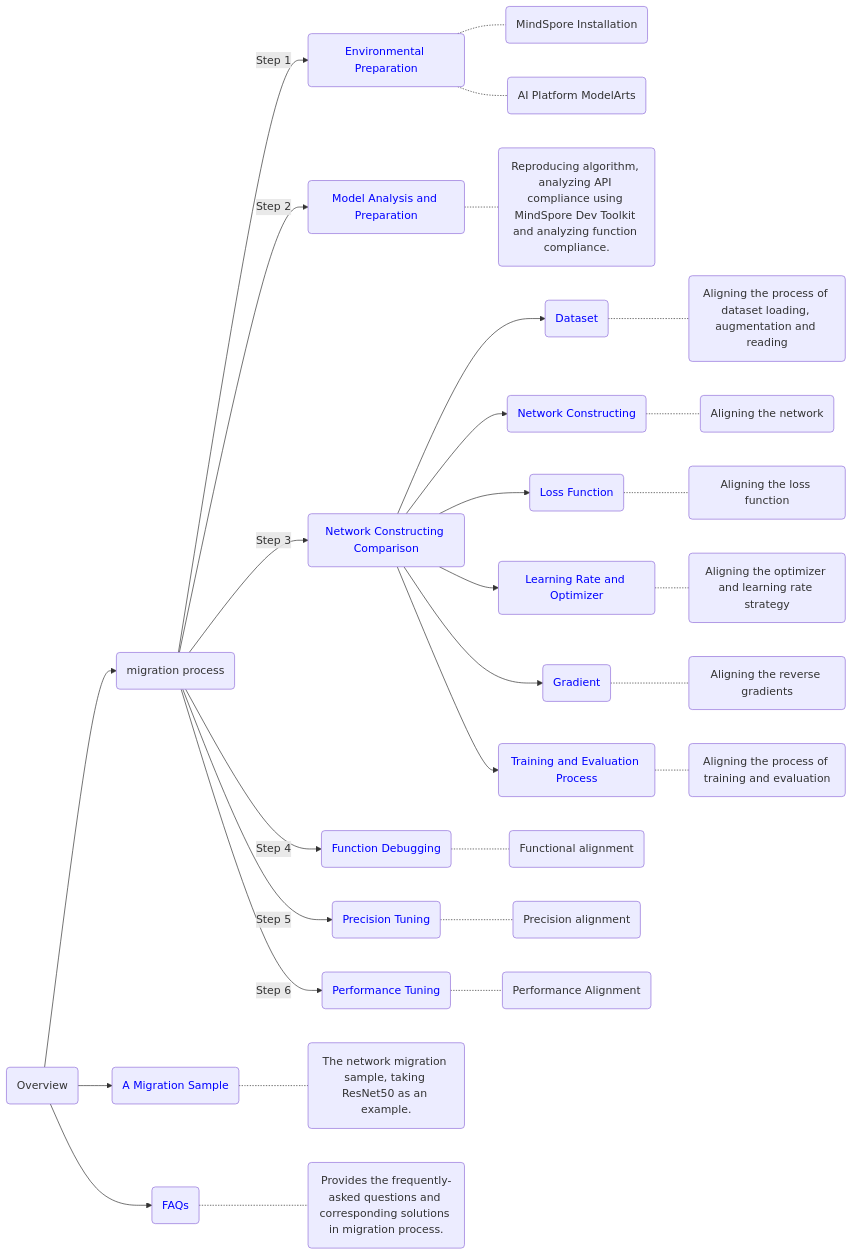
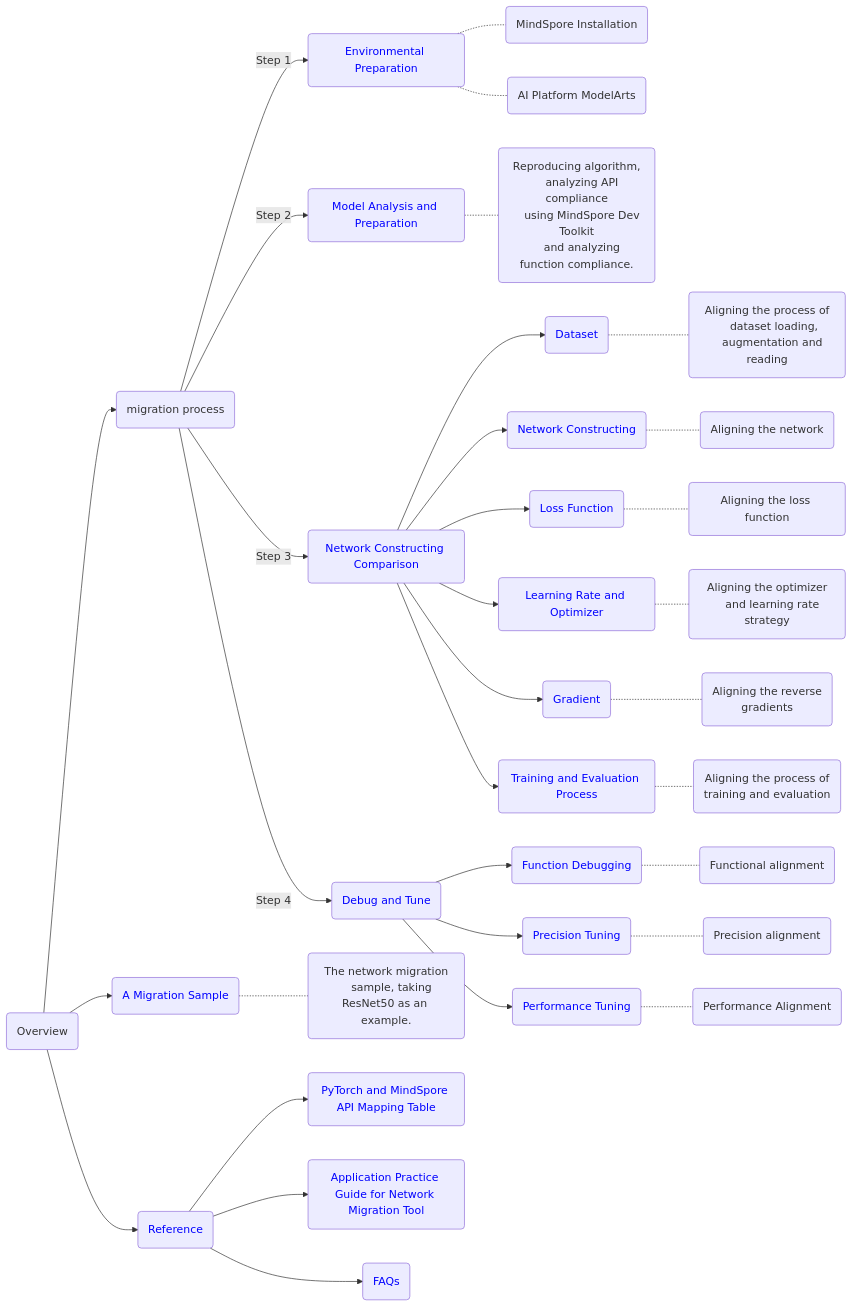
One commit to mindspore-ai/docs changed the diagram in docs/mindspore/source_en/migration_guide/overview.md. Above: the diagram before and after it, drawn with Mermaid. The commit also changed 27 other files, not shown here.

Commit message:
modify err format and mermaid

````diff
--- a/docs/mindspore/source_en/migration_guide/overview.md
+++ b/docs/mindspore/source_en/migration_guide/overview.md
@@ -7,49 +7,67 @@
 ```{mermaid}
-graph LR
-A(Overview)-->B(migration process)
-B-->|Step 1|E(<font color=blue>Environmental Preparation</font>)
-E-.-text1(MindSpore Installation)
-E-.-text2(AI Platform ModelArts)
-B-->|Step 2|F(<font color=blue>Model Analysis and Preparation</font>)
-F-.-text3(Reproducing algorithm, analyzing API compliance using MindSpore Dev Toolkit and analyzing function compliance.)
-B-->|Step 3|G(<font color=blue>Network Constructing Comparison</font>)
-G-->K(<font color=blue>Dataset</font>)
-K-.-text4(Aligning the process of dataset loading, augmentation and reading)
-G-->L(<font color=blue>Network Constructing</font>)
-L-.-text5(Aligning the network)
-G-->P(<font color=blue>Loss Function</font>)
-P-.-text6(Aligning the loss function)
-G-->M(<font color=blue>Learning Rate and Optimizer</font>)
-M-.-text7(Aligning the optimizer and learning rate strategy)
-G-->N(<font color=blue>Gradient</font>)
-N-.-text8(Aligning the reverse gradients)
-G-->O(<font color=blue>Training and Evaluation Process</font>)
-O-.-text9(Aligning the process of training and evaluation)
-B-->|Step 4|H(<font color=blue>Function Debugging</font>)
-H-.-text10(Functional alignment)
-B-->|Step 5|I(<font color=blue>Precision Tuning</font>)
-I-.-text11(Precision alignment)
-B-->|Step 6|J(<font color=blue>Performance Tuning</font>)
-J-.-text12(Performance Alignment)
-A-->C(<font color=blue>A Migration Sample</font>)
-C-.-text13(The network migration sample, taking ResNet50 as an example.)
-A-->D(<font color=blue>FAQs</font>)
-D-.-text14(Provides the frequently-asked questions and corresponding solutions in migration process.)
+flowchart LR
+    A(Overview)-->B(migration process)
+    B-->|Step 1|E(<font color=blue>Environmental Preparation</font>)
+    E-.-text1(MindSpore Installation)
+    E-.-text2(AI Platform ModelArts)
+    B-->|Step 2|F(<font color=blue>Model Analysis and Preparation</font>)
+    F-.-text3("Reproducing algorithm,
+    analyzing API compliance
+    using MindSpore Dev Toolkit
+    and analyzing function compliance.")
+    B-->|Step 3|G(<font color=blue>Network Constructing Comparison</font>)
+    G-->I(<font color=blue>Dataset</font>)
+    I-.-text4("Aligning the process of
+    dataset loading,
+    augmentation and reading")
+    G-->J(<font color=blue>Network Constructing</font>)
+    J-.-text5(Aligning the network)
+    G-->K(<font color=blue>Loss Function</font>)
+    K-.-text6(Aligning the loss function)
+    G-->L(<font color=blue>Learning Rate and Optimizer</font>)
+    L-.-text7("Aligning the optimizer
+    and learning rate strategy")
+    G-->M(<font color=blue>Gradient</font>)
+    M-.-text8("Aligning the reverse
+    gradients")
+    G-->N(<font color=blue>Training and Evaluation Process</font>)
+    N-.-text9("Aligning the process of
+    training and evaluation")
+    B-->|Step 4|H(<font color=blue>Debug and Tune</font>)
+    H-->O(<font color=blue>Function Debugging</font>)
+    O-.-text10(Functional alignment)
+    H-->P(<font color=blue>Precision Tuning</font>)
+    P-.-text11(Precision alignment)
+    H-->Q(<font color=blue>Performance Tuning</font>)
+    Q-.-text12(Performance Alignment)
+    A-->C(<font color=blue>A Migration Sample</font>)
+    C-.-text13("The network migration
+    sample, taking ResNet50 as an example.")
+    A-->D(<font color=blue>Reference</font>)
+    D-->R(<font color=blue>PyTorch and MindSpore API Mapping Table</font>)
+    D-->S(<font color=blue>Application Practice Guide for Network Migration Tool</font>)
+    D-->T(<font color=blue>FAQs</font>)
 
-click C "https://www.mindspore.cn/docs/en/r2.4.10/migration_guide/sample_code.html"
-click D "https://www.mindspore.cn/docs/en/r2.4.10/migration_guide/faq.html"
+    click C "https://www.mindspore.cn/docs/en/r2.4.10/migration_guide/sample_code.html"
+    click D "https://www.mindspore.cn/docs/en/r2.4.10/migration_guide/reference.html"
 
-click E "https://www.mindspore.cn/docs/en/r2.4.10/migration_guide/enveriment_preparation.html"
-click F "https://www.mindspore.cn/docs/en/r2.4.10/migration_guide/analysis_and_preparation.html"
-click G "https://www.mindspore.cn/docs/en/r2.4.10/migration_guide/model_development/model_development.html"
-click H "https://www.mindspore.cn/docs/en/r2.4.10/migration_guide/debug_and_tune.html#function-debugging"
-click I "https://www.mindspore.cn/docs/en/r2.4.10/migration_guide/debug_and_tune.html#precision-tuning"
-click J "https://www.mindspore.cn/docs/en/r2.4.10/migration_guide/debug_and_tune.html#performance-tuning"
+    click E "https://www.mindspore.cn/docs/en/r2.4.10/migration_guide/enveriment_preparation.html"
+    click F "https://www.mindspore.cn/docs/en/r2.4.10/migration_guide/analysis_and_preparation.html"
+    click G "https://www.mindspore.cn/docs/en/r2.4.10/migration_guide/model_development/model_development.html"
+    click H "https://www.mindspore.cn/docs/en/r2.4.10/migration_guide/debug_and_tune.html#debug-and-tune"
 
-click K "https://www.mindspore.cn/docs/en/r2.4.10/migration_guide/model_development/dataset.html"
-click L "https://www.mindspore.cn/docs/en/r2.4.10/migration_guide/model_development/model_and_cell.html"
-click M "https://www.mindspore.cn/docs/en/r2.4.10/migration_guide/model_development/learning_rate_and_optimizer.html"
-click N "https://www.mindspore.cn/docs/en/r2.4.10/migration_guide/model_development/gradient.html"
-click O "https://www.mindspore.cn/docs/en/r2.4.10/migration_guide/model_development/training_and_evaluation.html"
-click P "https://www.mindspore.cn/docs/en/r2.4.10/migration_guide/model_development/loss_function.html"
+    click I "https://www.mindspore.cn/docs/en/r2.4.10/migration_guide/model_development/dataset.html"
+    click J "https://www.mindspore.cn/docs/en/r2.4.10/migration_guide/model_development/model_and_cell.html"
+    click K "https://www.mindspore.cn/docs/en/r2.4.10/migration_guide/model_development/loss_function.html"
+    click L "https://www.mindspore.cn/docs/en/r2.4.10/migration_guide/model_development/learning_rate_and_optimizer.html"
+    click M "https://www.mindspore.cn/docs/en/r2.4.10/migration_guide/model_development/gradient.html"
+    click N "https://www.mindspore.cn/docs/en/r2.4.10/migration_guide/model_development/training_and_evaluation.html"
+
+    click O "https://www.mindspore.cn/docs/en/r2.4.10/migration_guide/debug_and_tune.html#function-debugging"
+    click P "https://www.mindspore.cn/docs/en/r2.4.10/migration_guide/debug_and_tune.html#precision-tuning"
+    click Q "https://www.mindspore.cn/docs/en/r2.4.10/migration_guide/debug_and_tune.html#performance-tuning"
+
+    click R "https://www.mindspore.cn/docs/en/r2.4.10/note/api_mapping/pytorch_api_mapping.html"
+    click S "https://www.mindspore.cn/docs/en/r2.4.10/migration_guide/migrator_with_tools.html"
+    click T "https://www.mindspore.cn/docs/en/r2.4.10/migration_guide/faq.html"
 ```
````
